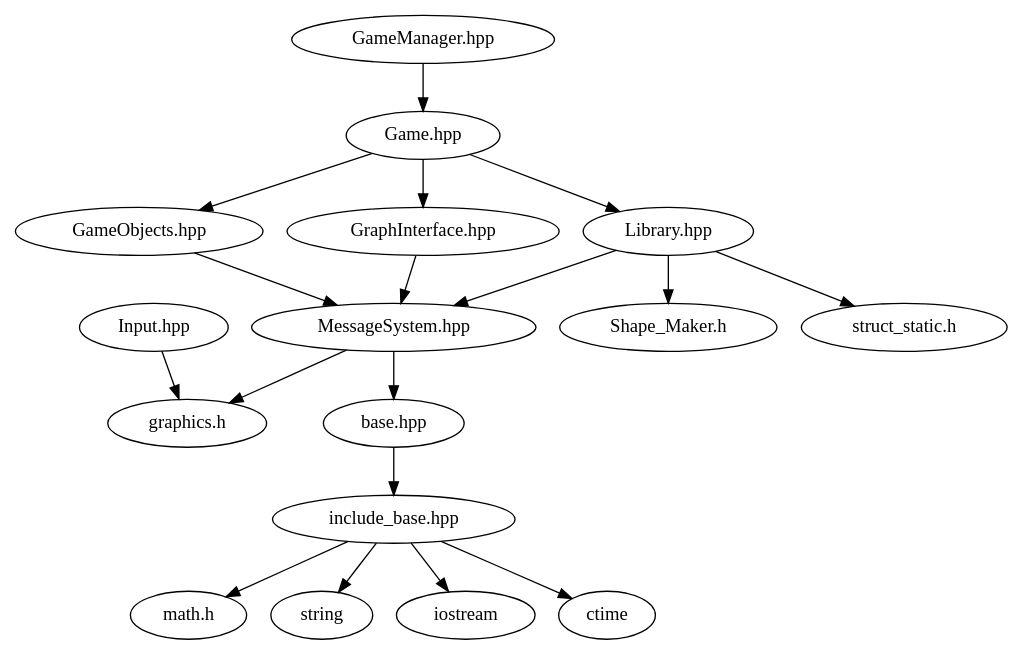
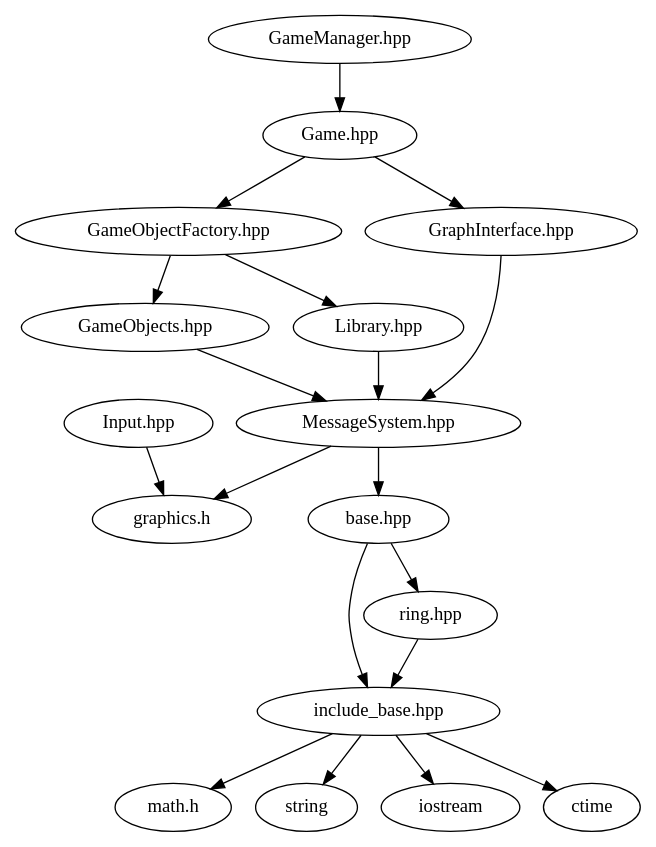
The diagram in KH_EX_SakanaM_T/dot/includes.dot (Kuuhaku31/KH_EX_SakanaM_T), drawn with Graphviz before and after one commit. The commit also changed 18 other files, not shown here.

Commit message:
refactor: Update GameObjectFactory to use Shape_copy and Area_align methods for setting skin and hitbox

```diff
--- a/KH_EX_SakanaM_T/dot/includes.dot
+++ b/KH_EX_SakanaM_T/dot/includes.dot
@@ -1,19 +1,20 @@
 digraph G {
     "base.hpp" -> "include_base.hpp";
+    "base.hpp" -> "ring.hpp";
     "include_base.hpp" -> "math.h";
     "include_base.hpp" -> "string";
     "include_base.hpp" -> "iostream";
     "include_base.hpp" -> "ctime";
+    "ring.hpp" -> "include_base.hpp";
     "GameObjects.hpp" -> "MessageSystem.hpp";
-    "Game.hpp" -> "Library.hpp";
-    "Game.hpp" -> "GameObjects.hpp";
+    "Game.hpp" -> "GameObjectFactory.hpp";
     "Game.hpp" -> "GraphInterface.hpp";
     "GameManager.hpp" -> "Game.hpp";
+    "GameObjectFactory.hpp" -> "Library.hpp";
+    "GameObjectFactory.hpp" -> "GameObjects.hpp";
     "GraphInterface.hpp" -> "MessageSystem.hpp";
     "Library.hpp" -> "MessageSystem.hpp";
-    "Library.hpp" -> "Shape_Maker.h";
-    "Library.hpp" -> "struct_static.h";
     "MessageSystem.hpp" -> "base.hpp";
     "MessageSystem.hpp" -> "graphics.h";
     "Input.hpp" -> "graphics.h";
 }
```
